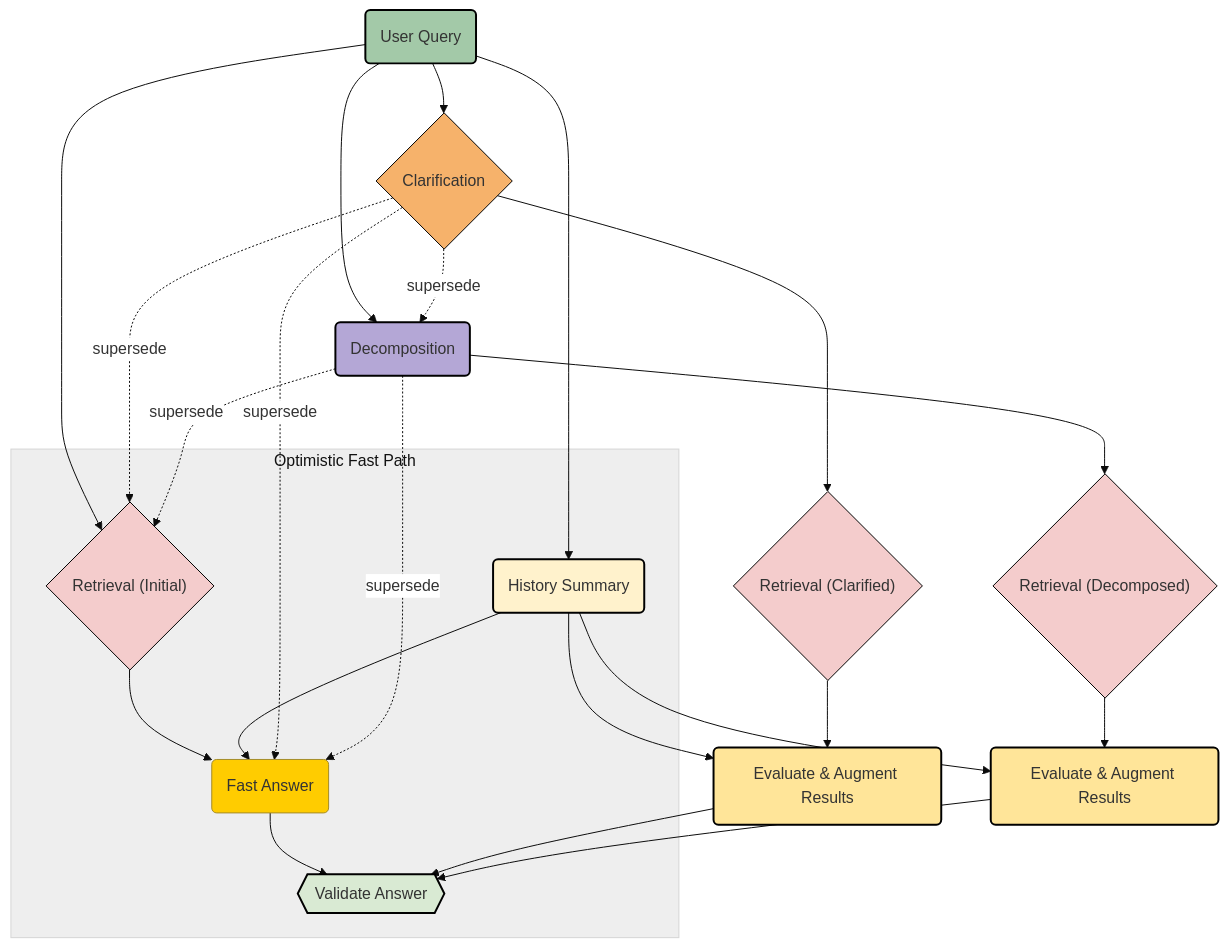
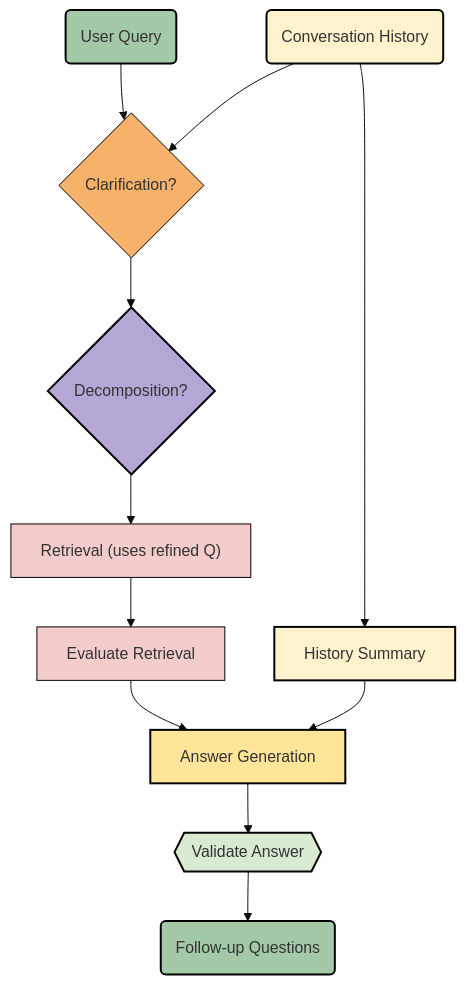
Before and after one commit to timpowellgit/healthcare-rag: the first of 2 diagrams in README.md, drawn with Mermaid. The commit also changed other lines of this file, not shown here.

Commit message:
Revise README.md to clarify project scope and enhance documentation
- Updated project description to emphasize the asynchronous orchestration strategy and its benefits for handling complex healthcare queries.
- Expanded sections on intelligent query handling, hybrid retrieval, and validated answer synthesis to provide a clearer understanding of system capabilities.
- Improved flowchart representation to better illustrate the sequential processing steps and their relationships.
- Enhanced details on Weaviate's hybrid retrieval mechanism and document processing to ensure comprehensive coverage of system architecture.

````diff
--- a/README.md
+++ b/README.md
@@ -37,52 +39,38 @@
 ```mermaid
-%%{init: {'theme': 'base', 'themeVariables': {'primaryColor': '#ffcc00', 'edgeLabelBackground':'#ffffff', 'tertiaryColor': '#eee'}}}%%
-flowchart TD
-  %% Inputs
-  Q("User Query"):::queryStyle
-  Summary("History Summary"):::summaryStyle
-  Q --> Summary
+  %%{init: {'theme': 'base', 'themeVariables': {'primaryColor': '#ffcc00', 'edgeLabelBackground':'#ffffff', 'tertiaryColor': '#eee'}}}%%
+  flowchart TD
+    %% Inputs
+    Q("User Query"):::queryStyle
+    H("Conversation History"):::summaryStyle
 
-  %% Fast path (boxed)
-  subgraph FastPath ["Optimistic Fast Path"]
-    class FastPath fastPathStyle
-    R0{"Retrieval (Initial)"}:::retrievalStyle
-    FA("Fast Answer"):::fastAnswerStyle
-    R0 --> FA
-    Summary --> FA
-    FA --> V{{"Validate Answer"}}:::validateStyle
-  end
+    %% Processing Steps (Strictly Sequential)
+    C{Clarification?}:::clarificationStyle
+    D{Decomposition?}:::decompositionStyle
+    S["History Summary"]:::summaryStyle
+    R["Retrieval (uses refined Q)"]:::retrievalStyle
+    E["Evaluate Retrieval"]:::retrievalStyle
+    A["Answer Generation"]:::gapAnswerStyle
+    V{{"Validate Answer"}}:::validateStyle
+    F("Follow-up Questions"):::queryStyle
 
-  Q --> R0
+    %% Linear Flow (No superseding)
+    Q --> C
+    H --> C
+    C --> D
+    H --> S
+    D --> R
+    S --> A
+    R --> E
+    E --> A
+    A --> V
+    V --> F
 
-  %% Speculative execution
-  Q --> C{Clarification}:::clarificationStyle
-  Q --> D("Decomposition"):::decompositionStyle
-
-  %% Supersede fast path and decomposition
-  C -.->|supersede| R0
-  C -.->|supersede| FA
-  C -.->|supersede| D
-  D -.->|supersede| R0
-  D -.->|supersede| FA
-
-  %% Speculative retrievals
-  C --> RC{"Retrieval (Clarified)"}:::retrievalStyle
-  D --> RS{"Retrieval (Decomposed)"}:::retrievalStyle
-
-  %% Evaluate/Augment results before final answer/validation
-  RC --> G1("Evaluate & Augment Results"):::gapAnswerStyle
-  RS --> G2("Evaluate & Augment Results"):::gapAnswerStyle
-  Summary --> G1
-  Summary --> G2
-  G1 --> V
-  G2 --> V
-
-  %% Styles
-  classDef queryStyle fill:#a3c9a8,stroke:#000,stroke-width:2px;
-  classDef summaryStyle fill:#fff2cc,stroke:#000,stroke-width:2px;
-  classDef retrievalStyle fill:#f4cccc,stroke:#000,stroke-width:1px;
-  classDef validateStyle fill:#d9ead3,stroke:#000,stroke-width:2px;
-  classDef clarificationStyle fill:#f6b26b,stroke:#000,stroke-width:1px;
-  classDef decompositionStyle fill:#b4a7d6,stroke:#000,stroke-width:2px;
-  classDef gapAnswerStyle fill:#ffe599,stroke:#000,stroke-width:2px;
-```
+    %% Styles
+    classDef queryStyle fill:#a3c9a8,stroke:#000,stroke-width:2px;
+    classDef summaryStyle fill:#fff2cc,stroke:#000,stroke-width:2px;
+    classDef retrievalStyle fill:#f4cccc,stroke:#000,stroke-width:1px;
+    classDef validateStyle fill:#d9ead3,stroke:#000,stroke-width:2px;
+    classDef clarificationStyle fill:#f6b26b,stroke:#000,stroke-width:1px;
+    classDef decompositionStyle fill:#b4a7d6,stroke:#000,stroke-width:2px;
+    classDef gapAnswerStyle fill:#ffe599,stroke:#000,stroke-width:2px;
+  ```
````
